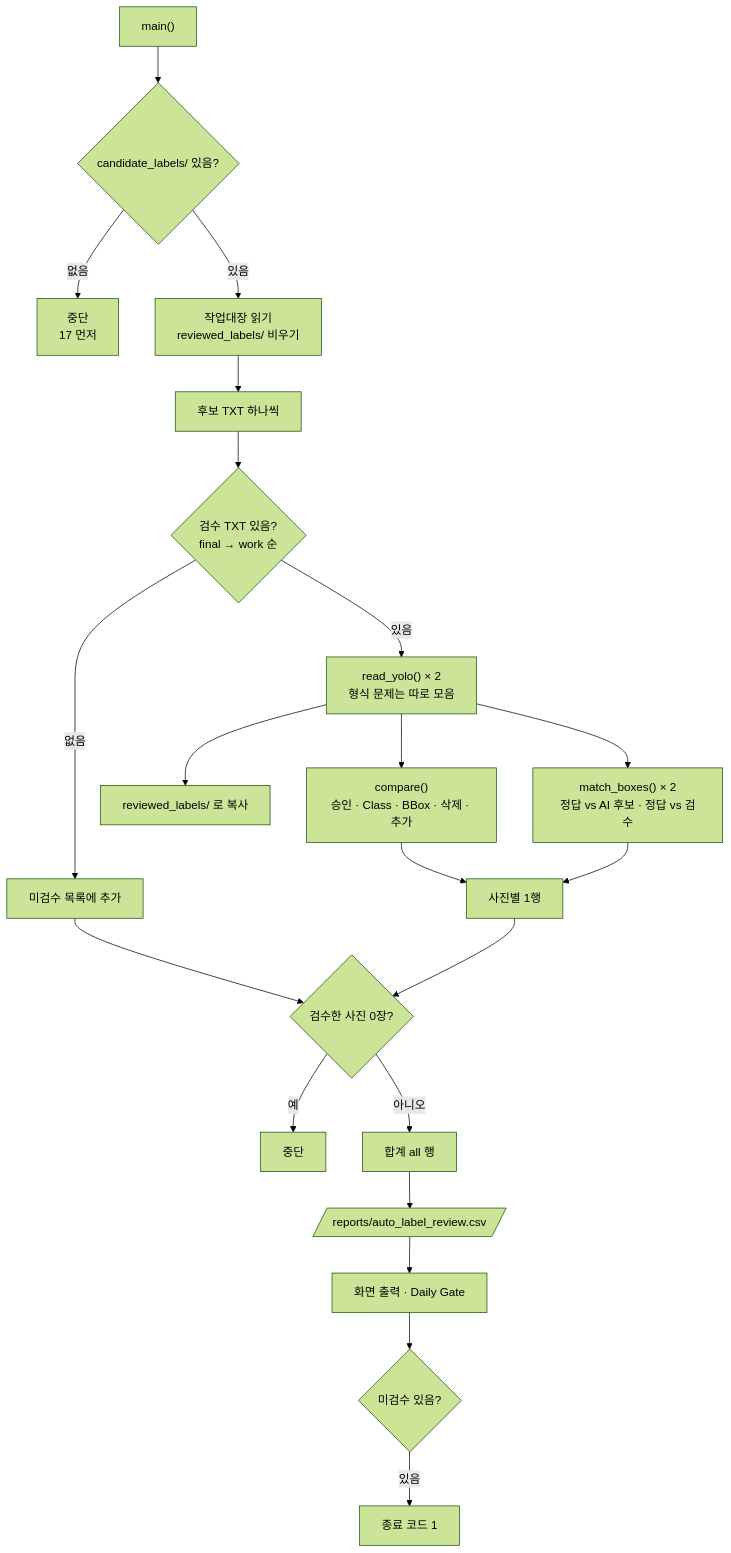
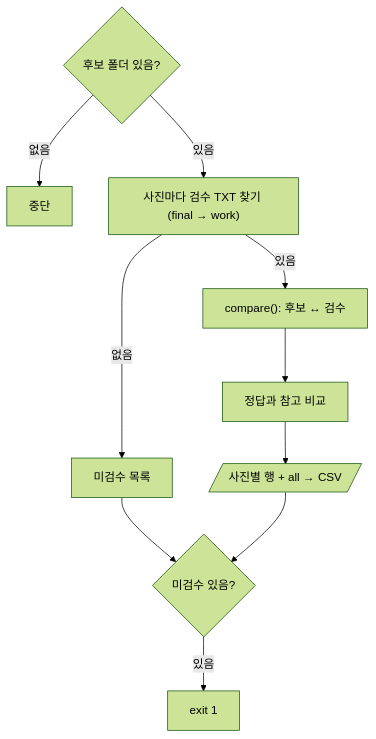
The diagram in prj08/docs/code_review/scripts/18_auto_label_review.md (howolcat/prj2026.10), drawn with Mermaid (forest theme) before and after one commit. The commit also changed other lines of this file and 25 other files, not shown here.

````diff
--- a/prj08/docs/code_review/scripts/18_auto_label_review.md
+++ b/prj08/docs/code_review/scripts/18_auto_label_review.md
@@ -52,23 +34,12 @@
 ```mermaid
 flowchart TD
-    A["main()"] --> B{"candidate_labels/ 있음?"}
-    B -->|없음| X["중단<br/>17 먼저"]
-    B -->|있음| C["작업대장 읽기<br/>reviewed_labels/ 비우기"]
-    C --> D["후보 TXT 하나씩"]
-    D --> E{"검수 TXT 있음?<br/>final → work 순"}
-    E -->|없음| F["미검수 목록에 추가"]
-    E -->|있음| G["read_yolo() × 2<br/>형식 문제는 따로 모음"]
-    G --> H["reviewed_labels/ 로 복사"]
-    G --> I["compare()<br/>승인 · Class · BBox · 삭제 · 추가"]
-    G --> J["match_boxes() × 2<br/>정답 vs AI 후보 · 정답 vs 검수"]
-    I --> K["사진별 1행"]
-    J --> K
-    F --> L
-    K --> L{"검수한 사진 0장?"}
-    L -->|예| Y["중단"]
-    L -->|아니오| M["합계 all 행"]
-    M --> N[/"reports/auto_label_review.csv"/]
-    N --> O["화면 출력 · Daily Gate"]
-    O --> P{"미검수 있음?"}
-    P -->|있음| Q["종료 코드 1"]
+    A{"후보 폴더 있음?"} -->|없음| X["중단"]
+    A -->|있음| B["사진마다 검수 TXT 찾기 (final → work)"]
+    B -->|없음| C["미검수 목록"]
+    B -->|있음| D["compare(): 후보 ↔ 검수"]
+    D --> E["정답과 참고 비교"]
+    E --> F[/"사진별 행 + all → CSV"/]
+    C --> G{"미검수 있음?"}
+    F --> G
+    G -->|있음| H["exit 1"]
 ```
````
